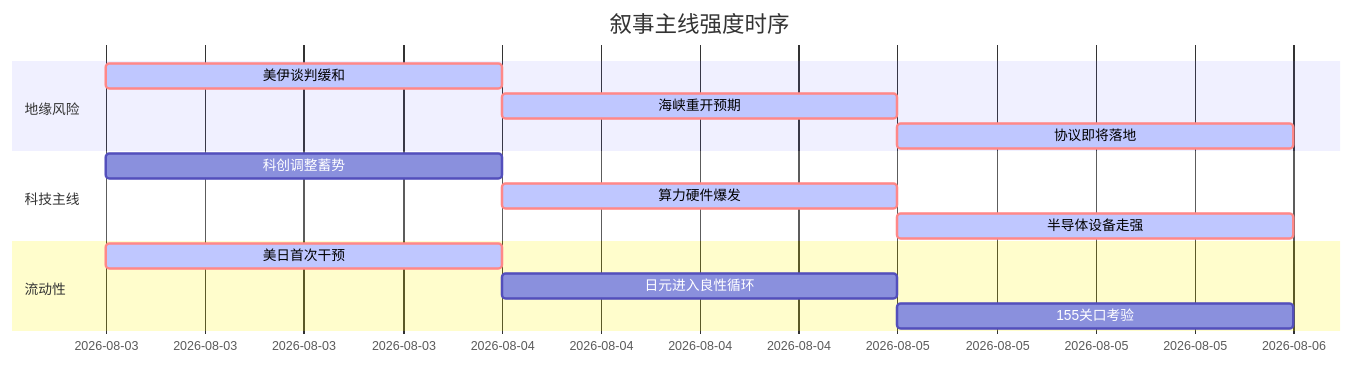
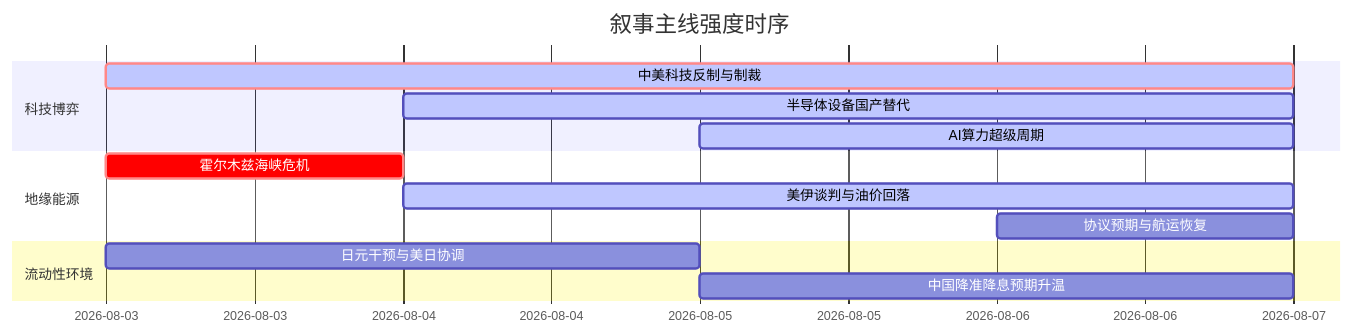
Before and after one commit to uu5zn/uu5zn.github.io: the diagram in 5day_report.md, drawn with Mermaid. The commit also changed other lines of this file and 25 other files, not shown here.

````diff
--- a/5day_report.md
+++ b/5day_report.md
@@ -61,19 +58,18 @@
 ```mermaid
 gantt
     title 叙事主线强度时序
-    dateFormat  YYYY-MM-DD
-    section 地缘风险
-    美伊谈判缓和   :crit, active, 2026-08-03, 1d
-    海峡重开预期   :crit, active, 2026-08-04, 1d
-    协议即将落地   :crit, active, 2026-08-05, 1d
+    dateFormat YYYY-MM-DD
+    section 科技博弈
+    中美科技反制与制裁   :crit, active, 2026-08-03, 4d
+    半导体设备国产替代   :active, 2026-08-04, 3d
+    AI算力超级周期   :active, 2026-08-05, 2d
     
-    section 科技主线
-    科创调整蓄势   :2026-08-03, 1d
-    算力硬件爆发   :crit, active, 2026-08-04, 1d
-    半导体设备走强 :crit, active, 2026-08-05, 1d
+    section 地缘能源
+    霍尔木兹海峡危机   :crit, 2026-08-03, 1d
+    美伊谈判与油价回落   :active, 2026-08-04, 3d
+    协议预期与航运恢复   :2026-08-06, 1d
     
-    section 流动性
-    美日首次干预   :crit, active, 2026-08-03, 1d
-    日元进入良性循环 :2026-08-04, 1d
-    155关口考验   :2026-08-05, 1d
+    section 流动性环境
+    日元干预与美日协调   :2026-08-03, 2d
+    中国降准降息预期升温   :2026-08-05, 2d
 ```
````
